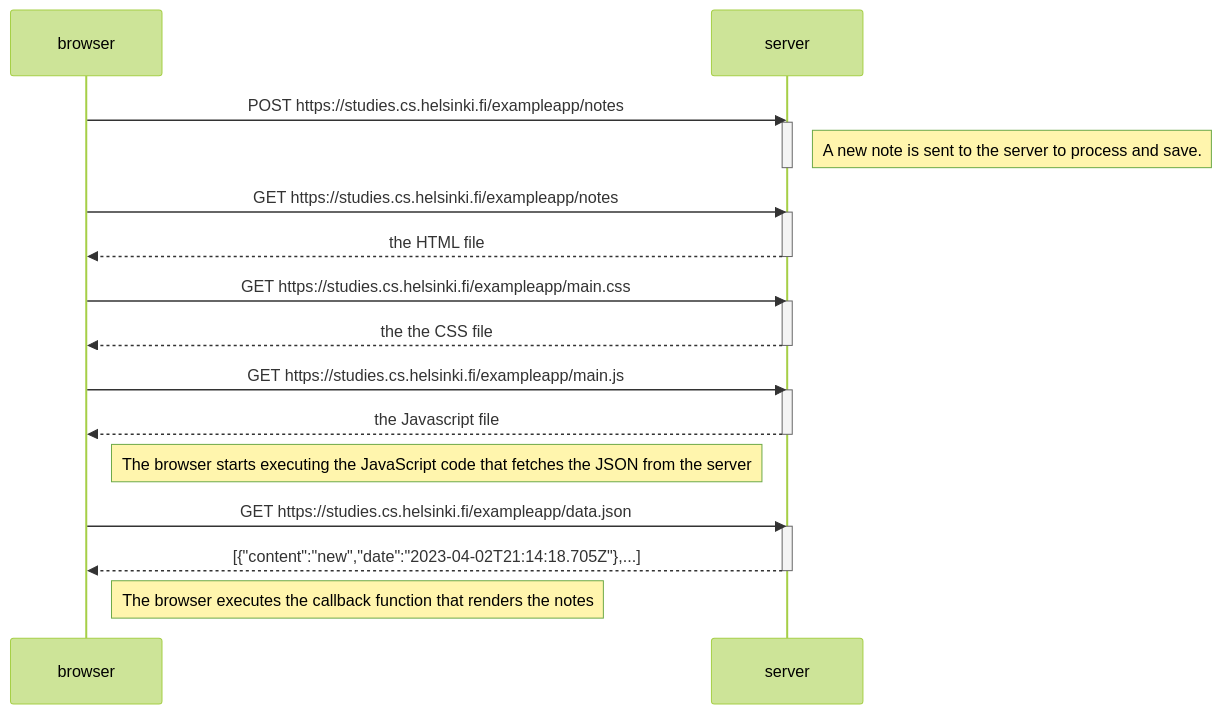
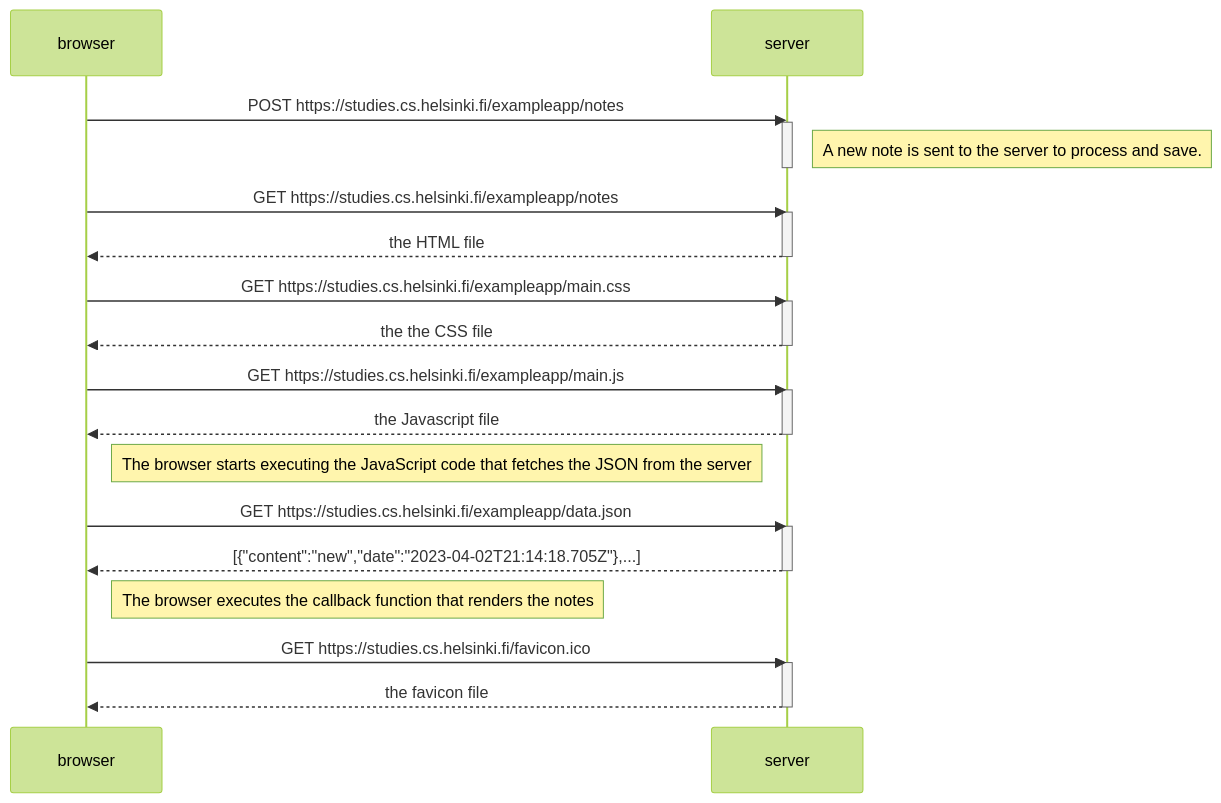
Before and after one commit to dunghoilyd01/fullstackopen: the diagram in part0/part0-4.md, drawn with Mermaid (forest theme).

Commit message:
add favicon

````diff
--- a/part0/part0-4.md
+++ b/part0/part0-4.md
@@ -1,33 +1,38 @@
 ```mermaid
 sequenceDiagram
     participant browser
     participant server
 
     browser->>server: POST https://studies.cs.helsinki.fi/exampleapp/notes
     activate server
     Note right of server: A new note is sent to the server to process and save.
     deactivate server
 
     browser->>server: GET https://studies.cs.helsinki.fi/exampleapp/notes
     activate server
     server-->>browser: the HTML file
     deactivate server
 
     browser->>server: GET https://studies.cs.helsinki.fi/exampleapp/main.css
     activate server
     server-->>browser: the the CSS file
     deactivate server
 
     browser->>server: GET https://studies.cs.helsinki.fi/exampleapp/main.js
     activate server
     server-->>browser: the Javascript file
     deactivate server
     Note right of browser: The browser starts executing the JavaScript code that fetches the JSON from the server
 
     browser->>server: GET https://studies.cs.helsinki.fi/exampleapp/data.json
     activate server
     server-->>browser: [{"content":"new","date":"2023-04-02T21:14:18.705Z"},...]
     deactivate server
     Note right of browser: The browser executes the callback function that renders the notes
 
+    browser->> server: GET https://studies.cs.helsinki.fi/favicon.ico
+    activate server
+    server-->>browser: the favicon file
+    deactivate server
+
 ```
````
